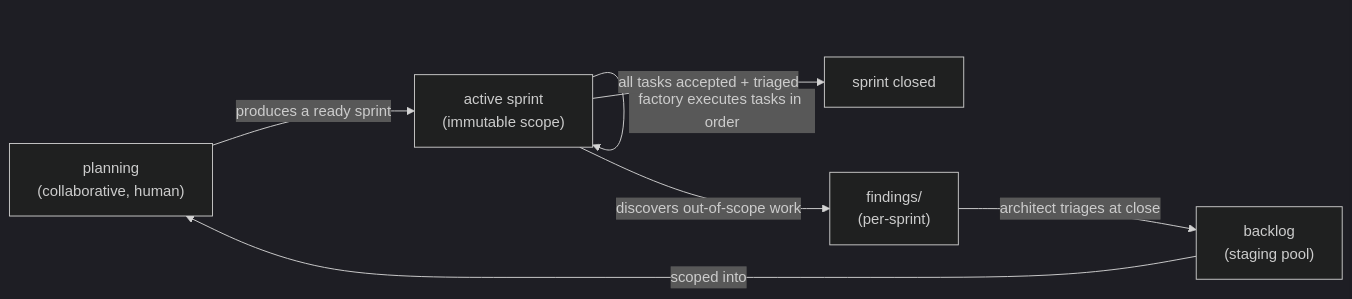
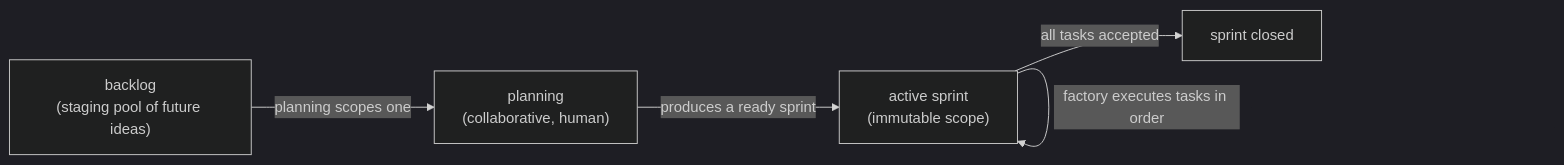
The diagram in docs/rfcs/RFC_005_SPRINT_ORIENTED_PLANNING.md (lszantho/factory), drawn with Mermaid (dark theme) before and after one commit. The commit also changed other lines of this file and 1 other file, not shown here.

First line of the commit message:
docs: RFC 005 — lock the four forks, drop findings from scope

````diff
--- a/docs/rfcs/RFC_005_SPRINT_ORIENTED_PLANNING.md
+++ b/docs/rfcs/RFC_005_SPRINT_ORIENTED_PLANNING.md
@@ -59,9 +51,7 @@
 ```mermaid
 flowchart LR
-    P["planning<br/>(collaborative, human)"] -->|produces a ready sprint| S["active sprint<br/>(immutable scope)"]
+    B["backlog<br/>(staging pool of future ideas)"] -->|planning scopes one| P["planning<br/>(collaborative, human)"]
+    P -->|produces a ready sprint| S["active sprint<br/>(immutable scope)"]
     S -->|factory executes tasks in order| S
-    S -->|discovers out-of-scope work| F["findings/<br/>(per-sprint)"]
-    F -->|architect triages at close| B["backlog<br/>(staging pool)"]
-    B -->|scoped into| P
-    S -->|all tasks accepted + triaged| C["sprint closed"]
+    S -->|all tasks accepted| C["sprint closed"]
 ```
````
